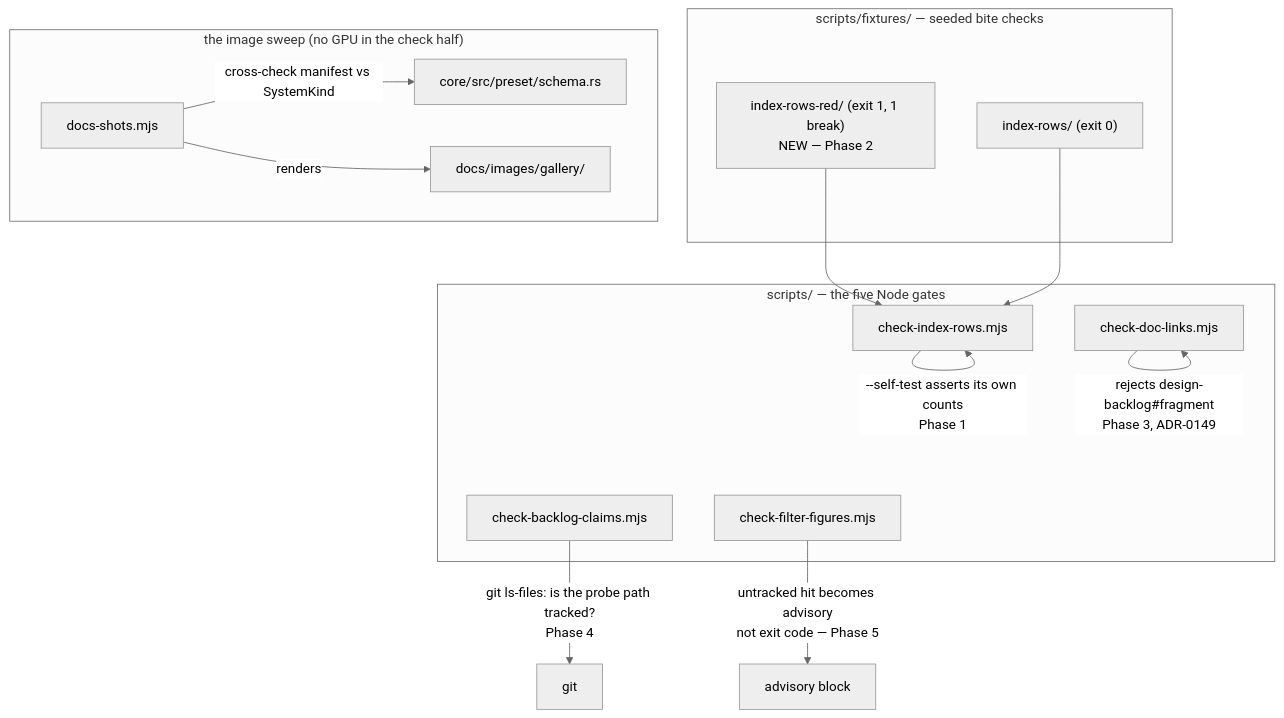
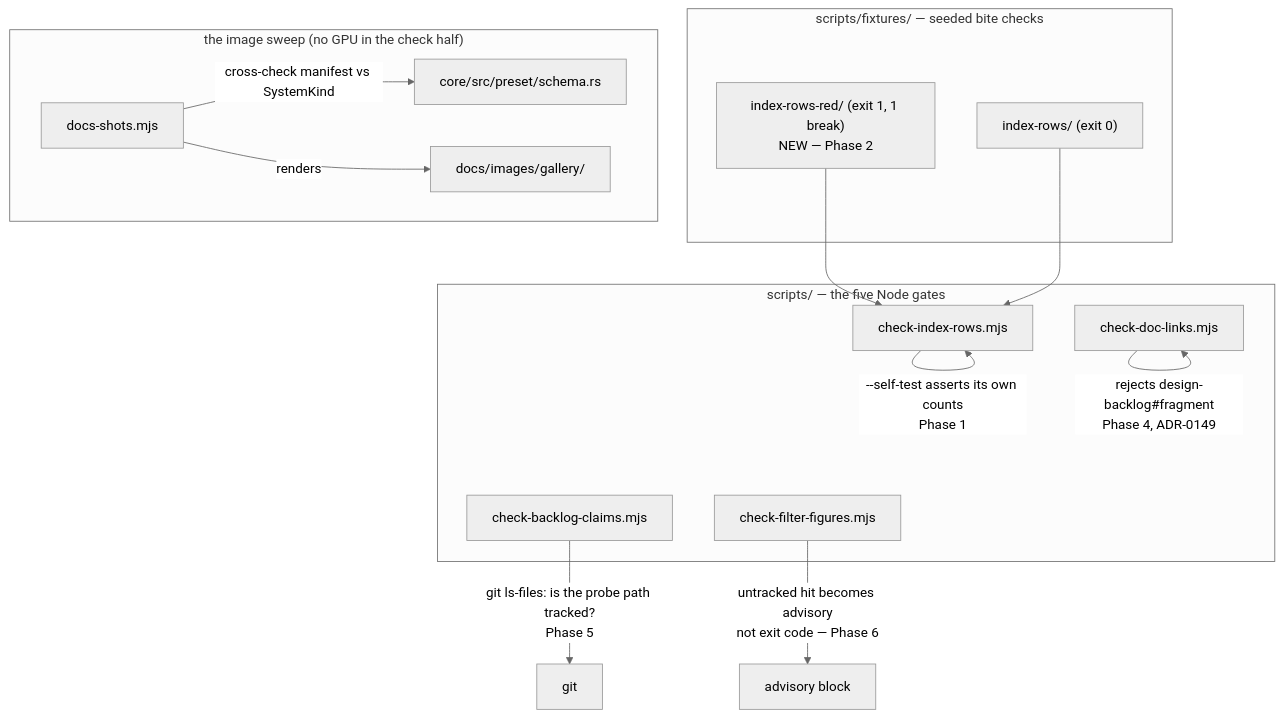
The diagram in docs/plans/0136-the-gates-can-convict.md (IgorKonovalov/Ritmolux), drawn with Mermaid (neutral theme) before and after one commit. The commit also changed other lines of this file and 8 other files, not shown here.

````diff
--- a/docs/plans/0136-the-gates-can-convict.md
+++ b/docs/plans/0136-the-gates-can-convict.md
@@ -66,23 +77,23 @@
 ```mermaid
 flowchart TB
     subgraph gates["scripts/ — the five Node gates"]
         IR["check-index-rows.mjs"]
         BC["check-backlog-claims.mjs"]
         FF["check-filter-figures.mjs"]
         DL["check-doc-links.mjs"]
     end
     subgraph fixtures["scripts/fixtures/ — seeded bite checks"]
         GREEN["index-rows/ (exit 0)"]
         RED["index-rows-red/ (exit 1, 1 break)<br/>NEW — Phase 2"]
     end
     IR -->|--self-test asserts its own counts<br/>Phase 1| IR
     RED --> IR
     GREEN --> IR
-    BC -->|"git ls-files: is the probe path tracked?<br/>Phase 4"| GIT["git"]
-    FF -->|untracked hit becomes advisory<br/>not exit code — Phase 5| ADV["advisory block"]
-    DL -->|"rejects design-backlog#fragment<br/>Phase 3, ADR-0149"| DL
+    BC -->|"git ls-files: is the probe path tracked?<br/>Phase 5"| GIT["git"]
+    FF -->|untracked hit becomes advisory<br/>not exit code — Phase 6| ADV["advisory block"]
+    DL -->|"rejects design-backlog#fragment<br/>Phase 4, ADR-0149"| DL
     subgraph sweep["the image sweep (no GPU in the check half)"]
         DS["docs-shots.mjs"] -->|cross-check manifest vs SystemKind| SK["core/src/preset/schema.rs"]
         DS -->|renders| IMG["docs/images/gallery/"]
     end
 ```
````
